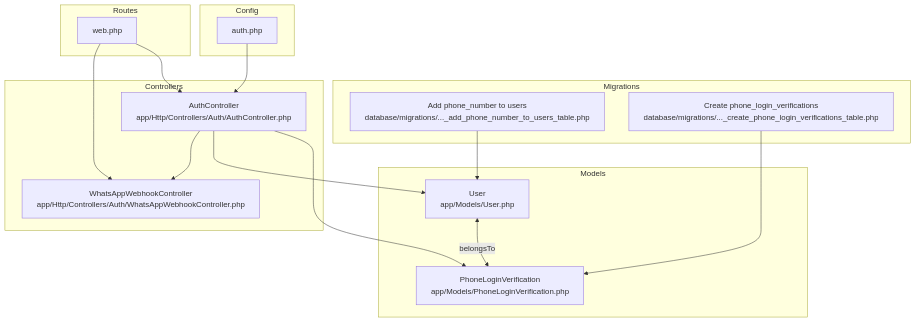
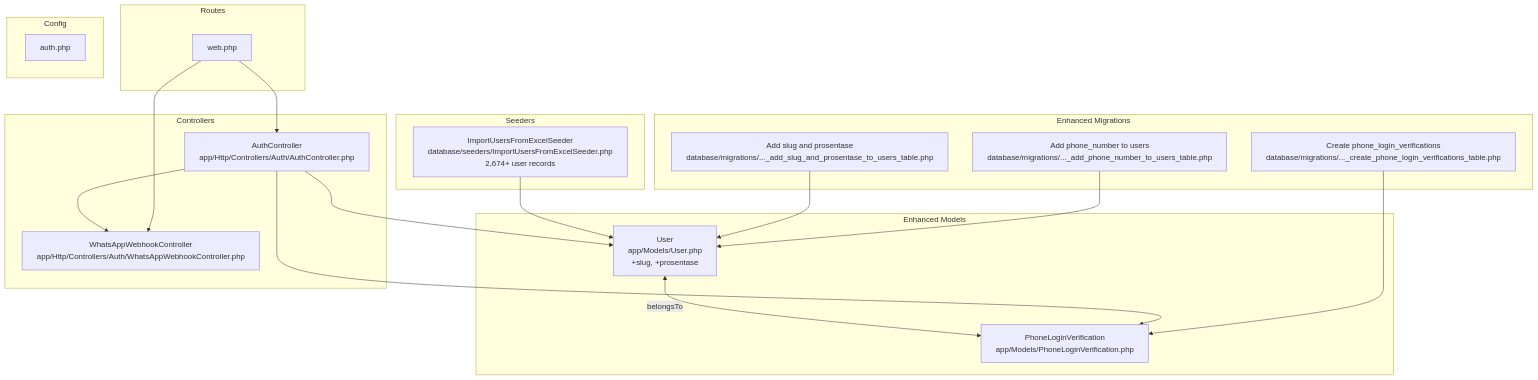
The first of 4 diagrams in .qoder/repowiki/en/content/Data Models & Database Schema/Authentication Entities.md (rudicatsmile/assesment360), drawn with Mermaid before and after one commit. The commit also changed other lines of this file and 10 other files, not shown here.

First line of the commit message:
feat(auth): enhance user model with slug and prosentase fields

````diff
--- a/.qoder/repowiki/en/content/Data Models & Database Schema/Authentication Entities.md
+++ b/.qoder/repowiki/en/content/Data Models & Database Schema/Authentication Entities.md
@@ -37,30 +50,35 @@
 ```mermaid
 graph TB
-subgraph "Models"
-U["User<br/>app/Models/User.php"]
+subgraph "Enhanced Models"
+U["User<br/>app/Models/User.php<br/>+slug, +prosentase"]
 V["PhoneLoginVerification<br/>app/Models/PhoneLoginVerification.php"]
 end
-subgraph "Migrations"
+subgraph "Enhanced Migrations"
 MU["Add phone_number to users<br/>database/migrations/..._add_phone_number_to_users_table.php"]
 MV["Create phone_login_verifications<br/>database/migrations/..._create_phone_login_verifications_table.php"]
+MS["Add slug and prosentase<br/>database/migrations/..._add_slug_and_prosentase_to_users_table.php"]
 end
 subgraph "Controllers"
 AC["AuthController<br/>app/Http/Controllers/Auth/AuthController.php"]
 WH["WhatsAppWebhookController<br/>app/Http/Controllers/Auth/WhatsAppWebhookController.php"]
+end
+subgraph "Seeders"
+IS["ImportUsersFromExcelSeeder<br/>database/seeders/ImportUsersFromExcelSeeder.php<br/>2,674+ user records"]
 end
 subgraph "Routes"
 RW["web.php"]
 end
 subgraph "Config"
 CFG["auth.php"]
 end
 U <-- "belongsTo" --> V
 AC --> V
 AC --> U
 AC --> WH
 RW --> AC
 RW --> WH
-CFG --> AC
+IS --> U
+MS --> U
 MU --> U
 MV --> V
 ```
````
